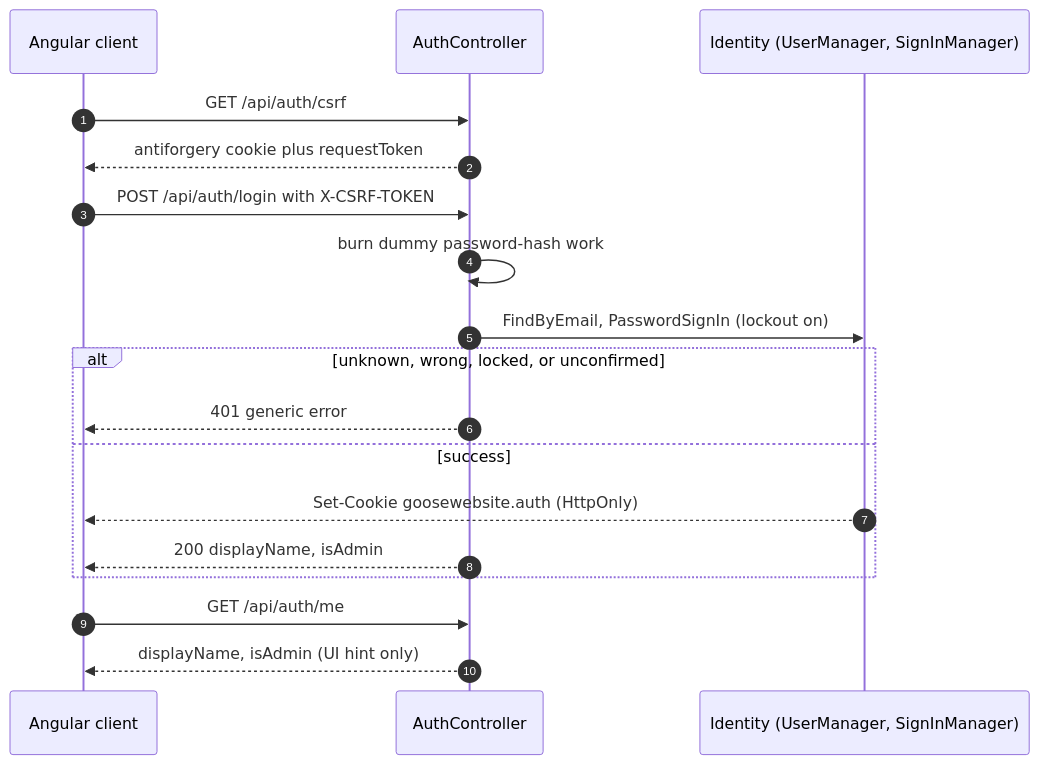
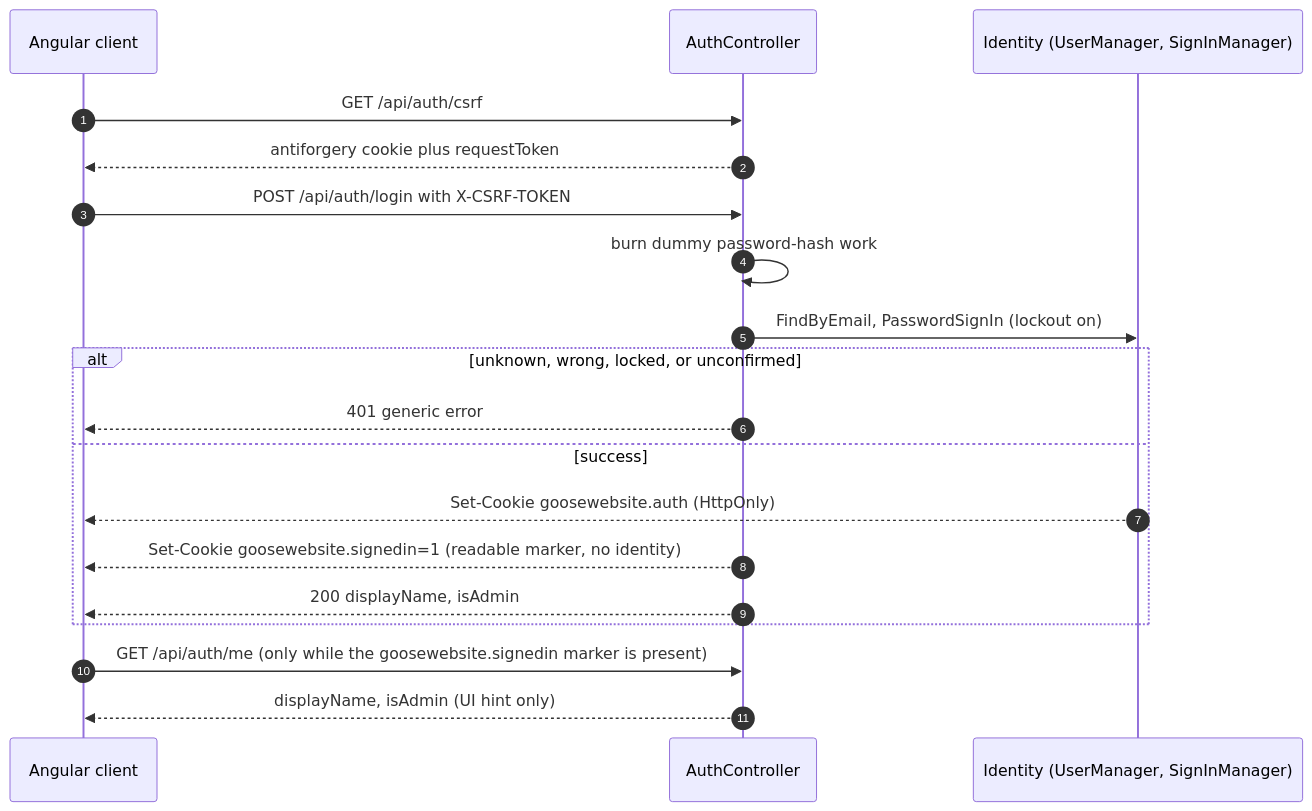
Before and after one commit to GucciVanin/goosevaninWebsite: the fifth of 9 diagrams in Docs/architecture.md, drawn with Mermaid. The commit also changed other lines of this file and 37 other files, not shown here.

````diff
--- a/Docs/architecture.md
+++ b/Docs/architecture.md
@@ -335,21 +335,22 @@
 ```mermaid
 sequenceDiagram
     autonumber
     participant B as Angular client
     participant A as AuthController
     participant I as Identity (UserManager, SignInManager)
 
     B->>A: GET /api/auth/csrf
     A-->>B: antiforgery cookie plus requestToken
     B->>A: POST /api/auth/login with X-CSRF-TOKEN
     A->>A: burn dummy password-hash work
     A->>I: FindByEmail, PasswordSignIn (lockout on)
     alt unknown, wrong, locked, or unconfirmed
         A-->>B: 401 generic error
     else success
         I-->>B: Set-Cookie goosewebsite.auth (HttpOnly)
+        A-->>B: Set-Cookie goosewebsite.signedin=1 (readable marker, no identity)
         A-->>B: 200 displayName, isAdmin
     end
-    B->>A: GET /api/auth/me
+    B->>A: GET /api/auth/me (only while the goosewebsite.signedin marker is present)
     A-->>B: displayName, isAdmin (UI hint only)
 ```
````
